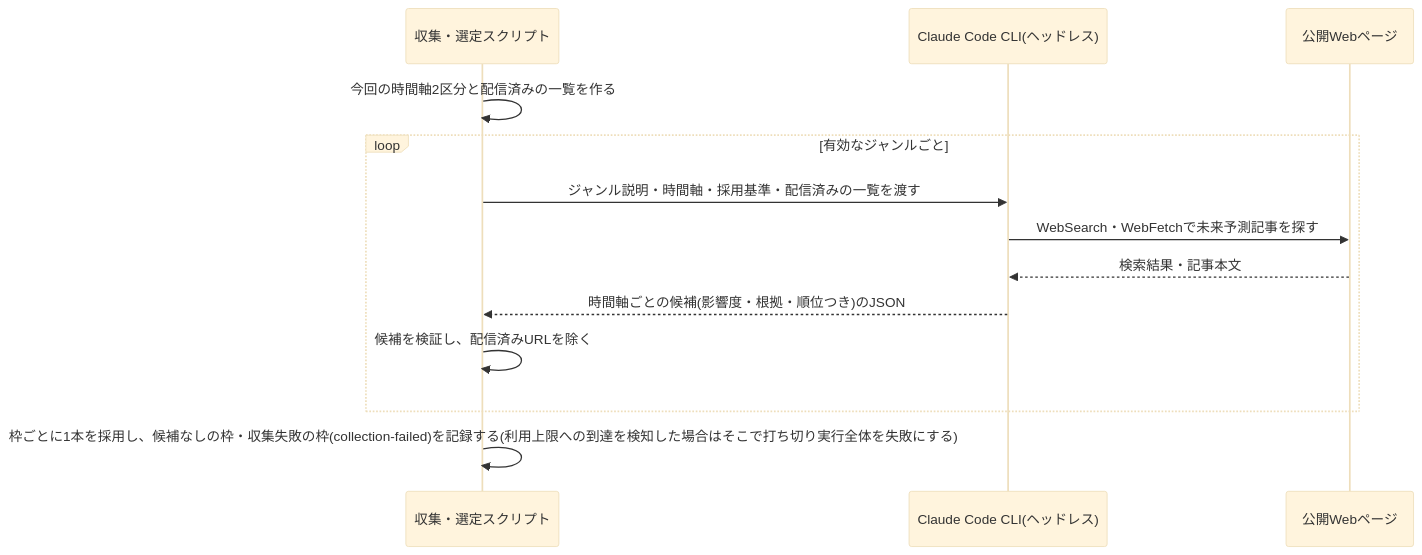
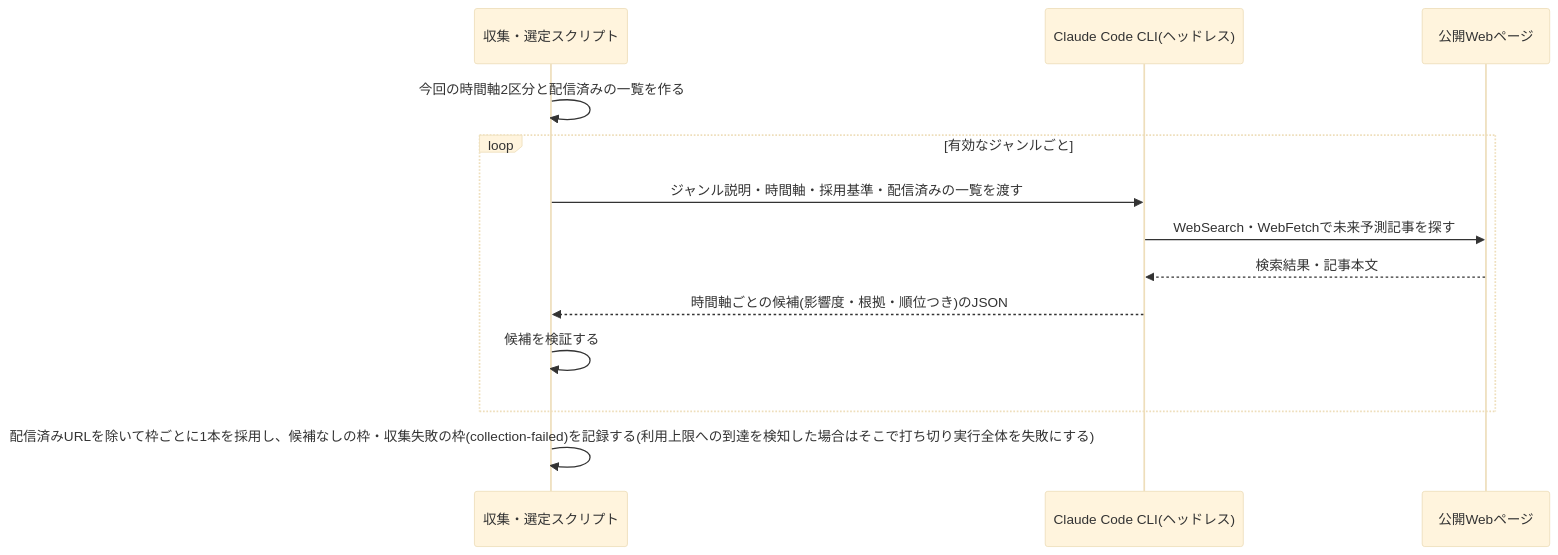
The diagram in specs/future-digest/content-selection/design.md (zakiyama0108/benriyatool), drawn with Mermaid (base theme) before and after one commit. The commit also changed other lines of this file and 9 other files, not shown here.

````diff
--- a/specs/future-digest/content-selection/design.md
+++ b/specs/future-digest/content-selection/design.md
@@ -103,16 +103,16 @@
 ```mermaid
 sequenceDiagram
     participant script as 収集・選定スクリプト
     participant claude as Claude Code CLI(ヘッドレス)
     participant web as 公開Webページ
 
     script ->> script: 今回の時間軸2区分と配信済みの一覧を作る
     loop 有効なジャンルごと
         script ->> claude: ジャンル説明・時間軸・採用基準・配信済みの一覧を渡す
         claude ->> web: WebSearch・WebFetchで未来予測記事を探す
         web -->> claude: 検索結果・記事本文
         claude -->> script: 時間軸ごとの候補(影響度・根拠・順位つき)のJSON
-        script ->> script: 候補を検証し、配信済みURLを除く
+        script ->> script: 候補を検証する
     end
-    script ->> script: 枠ごとに1本を採用し、候補なしの枠・収集失敗の枠(collection-failed)を記録する(利用上限への到達を検知した場合はそこで打ち切り実行全体を失敗にする)
+    script ->> script: 配信済みURLを除いて枠ごとに1本を採用し、候補なしの枠・収集失敗の枠(collection-failed)を記録する(利用上限への到達を検知した場合はそこで打ち切り実行全体を失敗にする)
 ```
````
